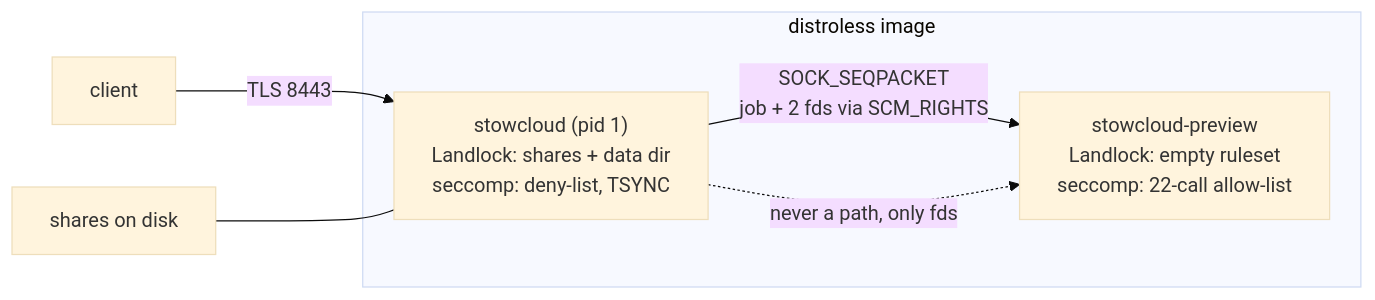
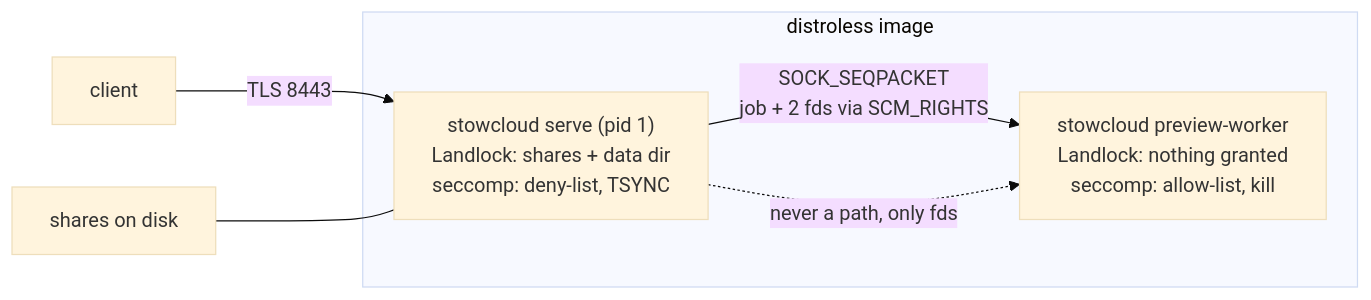
Before and after one commit to heavycaffeiner/stowcloud: the diagram in docs/proposals/stowcloud-22-go-backend.md, drawn with Mermaid (base theme). The commit also changed other lines of this file and 19 other files, not shown here.

````diff
--- a/docs/proposals/stowcloud-22-go-backend.md
+++ b/docs/proposals/stowcloud-22-go-backend.md
@@ -193,11 +195,11 @@
 ```mermaid
 flowchart LR
   subgraph container["distroless image"]
-    A["stowcloud (pid 1)\nLandlock: shares + data dir\nseccomp: deny-list, TSYNC"]
-    B["stowcloud-preview\nLandlock: empty ruleset\nseccomp: 22-call allow-list"]
+    A["stowcloud serve (pid 1)\nLandlock: shares + data dir\nseccomp: deny-list, TSYNC"]
+    B["stowcloud preview-worker\nLandlock: nothing granted\nseccomp: allow-list, kill"]
     A -- "SOCK_SEQPACKET\njob + 2 fds via SCM_RIGHTS" --> B
   end
   C["client"] -- TLS 8443 --> A
   D["shares on disk"] --- A
   A -.->|"never a path, only fds"| B
 ```
````
